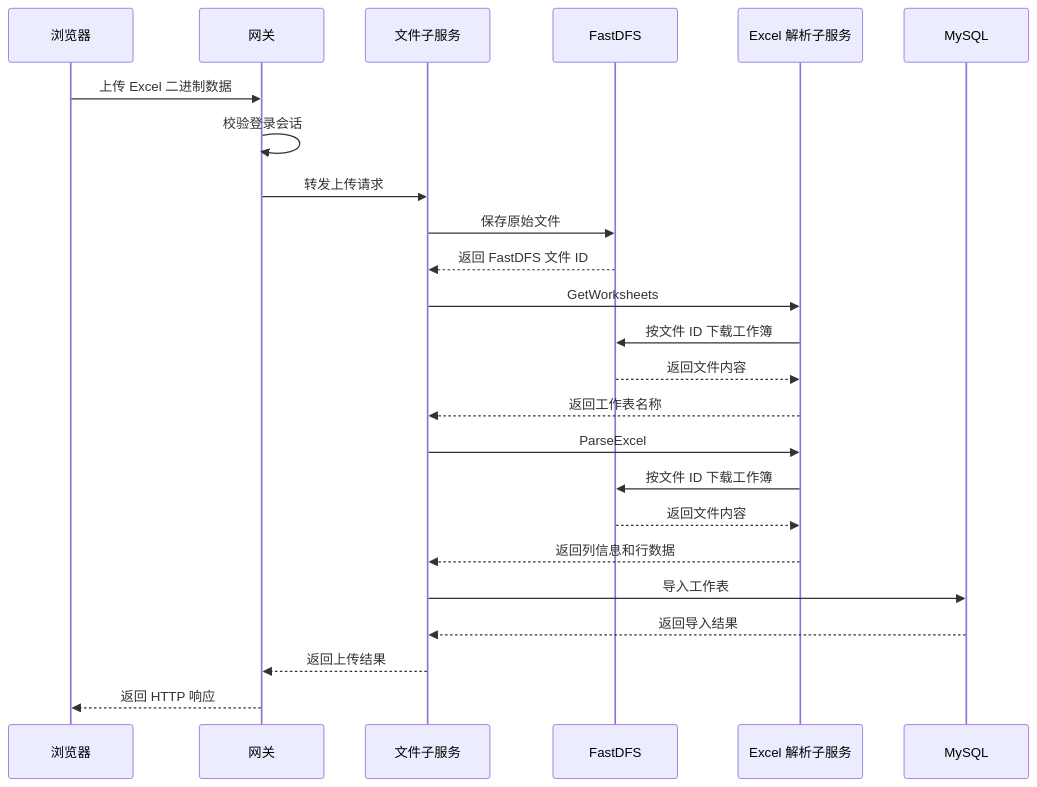
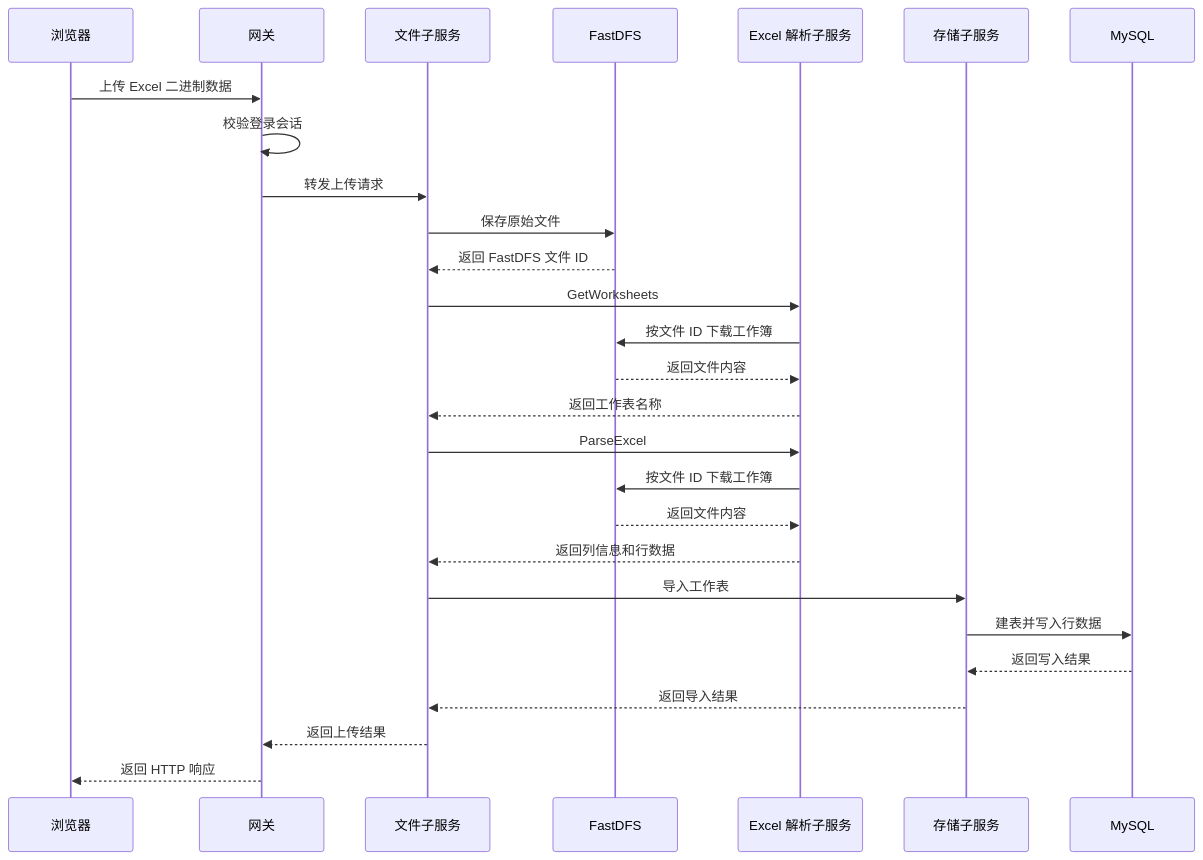
One commit to Dairenwen/chat2data-cpp changed the second of 4 diagrams in chat2data/docs/Excel解析服务.md. Above: the diagram before and after it, drawn with Mermaid. The commit also changed other lines of this file and 4 other files, not shown here.

````diff
--- a/chat2data/docs/Excel解析服务.md
+++ b/chat2data/docs/Excel解析服务.md
@@ -35,26 +36,29 @@
 ```mermaid
 sequenceDiagram
     participant B as 浏览器
     participant G as 网关
     participant F as 文件子服务
     participant D as FastDFS
     participant E as Excel 解析子服务
-    participant S as MySQL
+    participant S as 存储子服务
+    participant M as MySQL
     B->>G: 上传 Excel 二进制数据
     G->>G: 校验登录会话
     G->>F: 转发上传请求
     F->>D: 保存原始文件
     D-->>F: 返回 FastDFS 文件 ID
     F->>E: GetWorksheets
     E->>D: 按文件 ID 下载工作簿
     D-->>E: 返回文件内容
     E-->>F: 返回工作表名称
     F->>E: ParseExcel
     E->>D: 按文件 ID 下载工作簿
     D-->>E: 返回文件内容
     E-->>F: 返回列信息和行数据
     F->>S: 导入工作表
+    S->>M: 建表并写入行数据
+    M-->>S: 返回写入结果
     S-->>F: 返回导入结果
     F-->>G: 返回上传结果
     G-->>B: 返回 HTTP 响应
 ```
````
